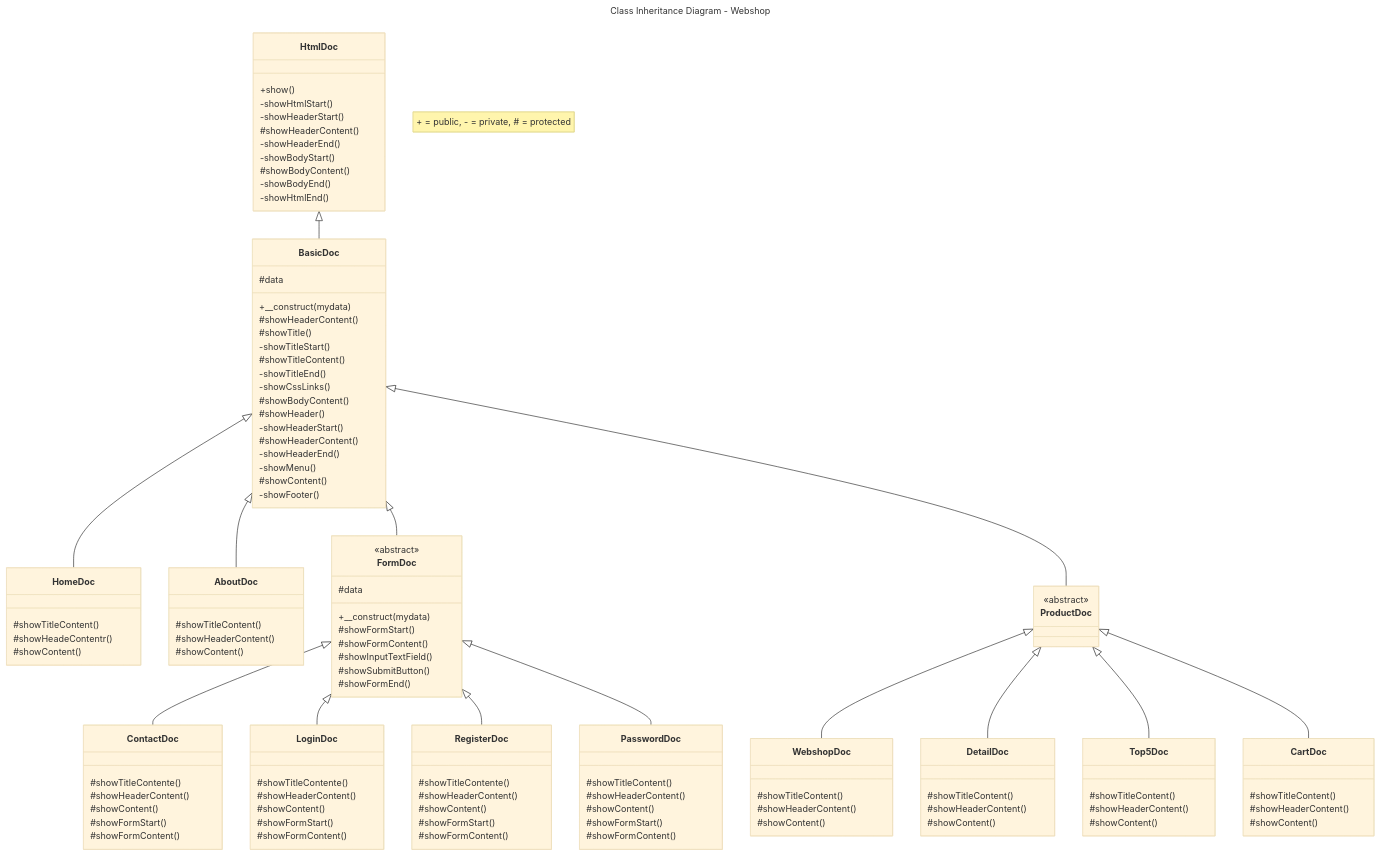
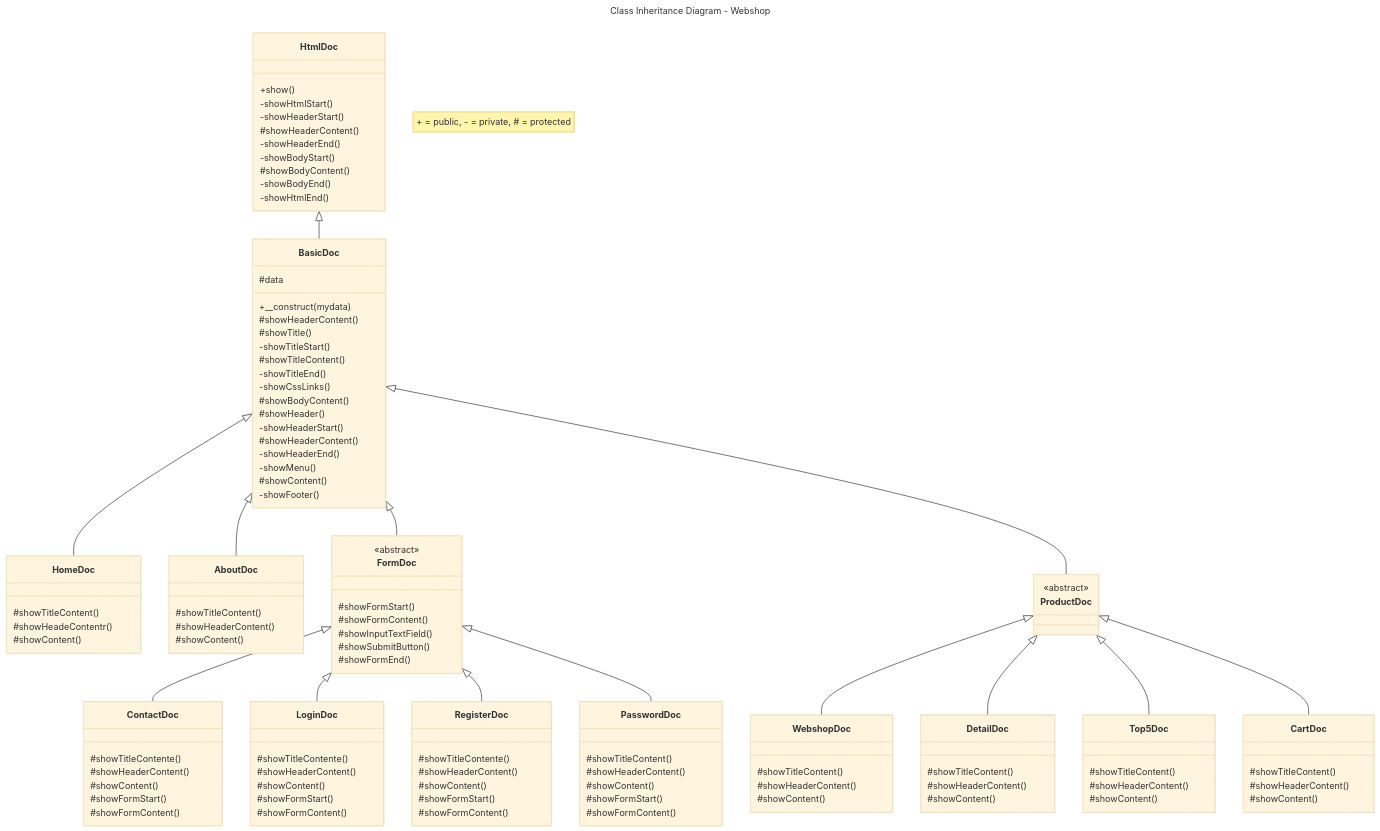
The diagram in Diagrams/class-inheritance-diagram-webshop.md (JeroenHeemskerk/educom-webshop-oop-1708595373), drawn with Mermaid (base theme) before and after one commit.

```diff
--- a/Diagrams/class-inheritance-diagram-webshop.md
+++ b/Diagrams/class-inheritance-diagram-webshop.md
@@ -63,8 +63,6 @@
     }
     class FormDoc{
         <<abstract>>
-        #data 
-        +__construct(mydata)
         #showFormStart()
         #showFormContent()
         #showInputTextField()
```
